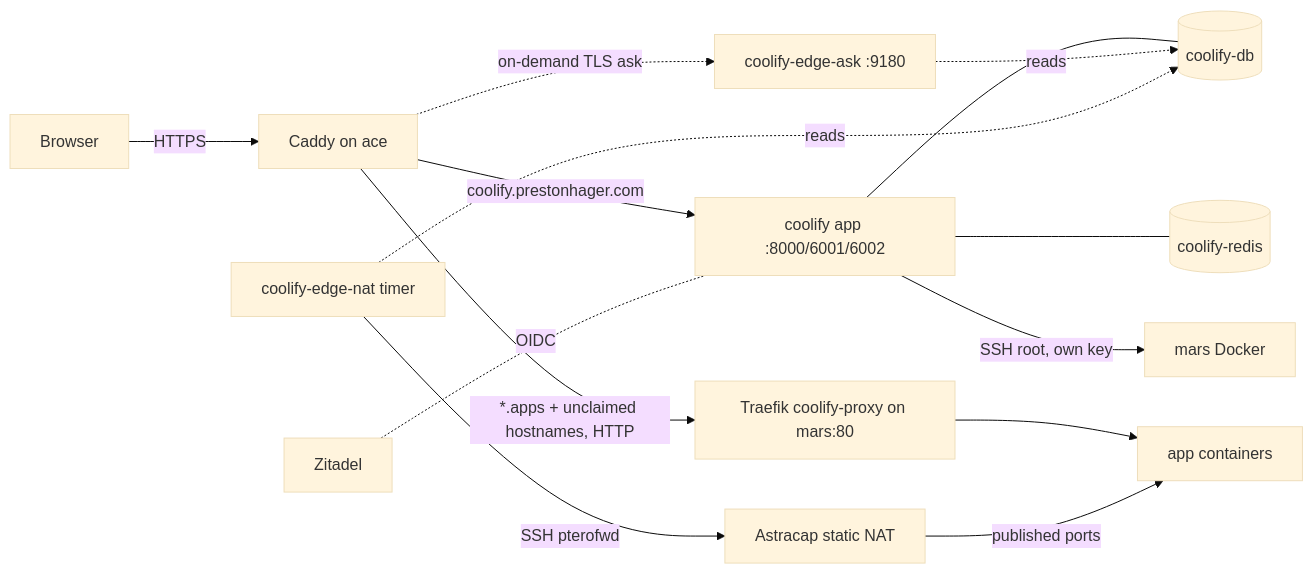
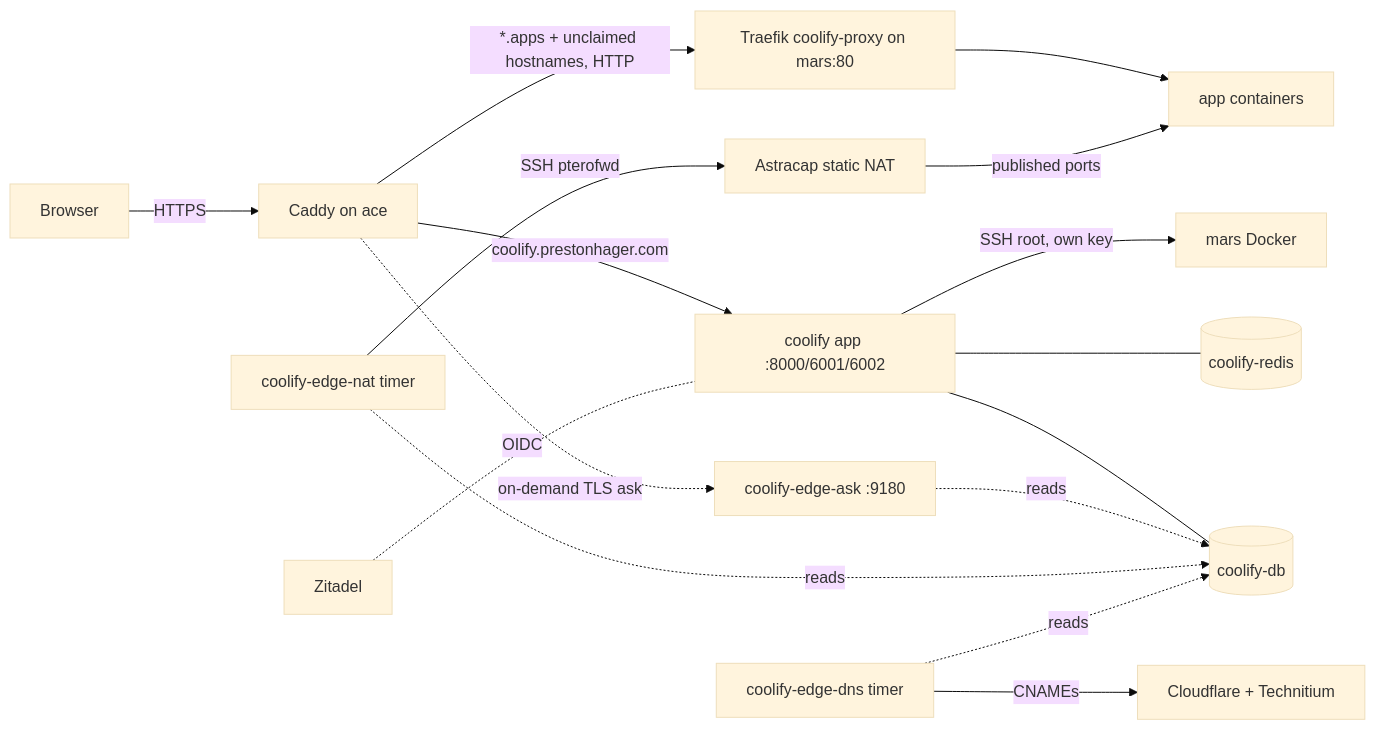
One commit to PrestonHager/nixos-configs changed the diagram in docs/coolify-ace.md. Above: the diagram before and after it, drawn with Mermaid (base theme). The commit also changed other lines of this file and 5 other files, not shown here.

Commit message:
coolify-edge: CNAMEs for Coolify custom domains in Cloudflare and Technitium

````diff
--- a/docs/coolify-ace.md
+++ b/docs/coolify-ace.md
@@ -16,16 +16,18 @@
 ```mermaid
 flowchart LR
   U[Browser] -->|HTTPS| C[Caddy on ace]
   C -->|coolify.prestonhager.com| D[coolify app :8000/6001/6002]
   D --- P[(coolify-db)]
   D --- R[(coolify-redis)]
   D -->|SSH root, own key| X[mars Docker]
   C -->|*.apps + unclaimed hostnames, HTTP| T[Traefik coolify-proxy on mars:80]
   T --> A[app containers]
   C -. on-demand TLS ask .-> E[coolify-edge-ask :9180]
   E -. reads .-> P
   N[coolify-edge-nat timer] -. reads .-> P
   N -->|SSH pterofwd| RT[Astracap static NAT]
+  DN[coolify-edge-dns timer] -. reads .-> P
+  DN -->|CNAMEs| CF[Cloudflare + Technitium]
   RT -->|published ports| A
   Z[Zitadel] -. OIDC .- D
 ```
````
